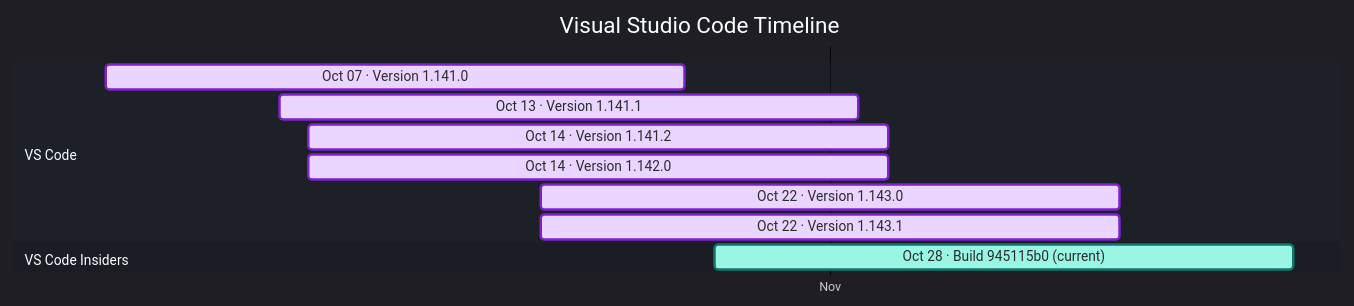
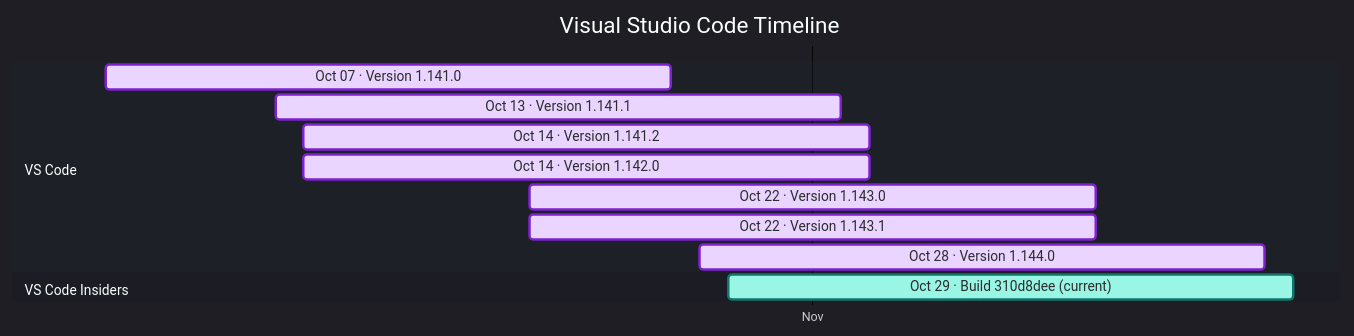
One commit to Oxelya-DevTools/VisualStudioUpdate changed the diagram in docs/vscode.md. Above: the diagram before and after it, drawn with Mermaid. The commit also changed other lines of this file and 1 other file, not shown here.

````diff
--- a/docs/vscode.md
+++ b/docs/vscode.md
@@ -9,17 +9,18 @@
 ```mermaid
 %%{init: {'theme':'dark','themeVariables': { 'fontFamily': 'Segoe UI', 'fontSize': '24px', 'textColor': '#F3F4F6', 'titleTextColor': '#FFFFFF', 'taskTextColor': '#111827', 'taskTextLightColor': '#111827', 'taskTextOutsideColor': '#F3F4F6', 'taskBkgColor': '#BAE6FD', 'taskBorderColor': '#0369A1', 'doneTaskBkgColor': '#E9D5FF', 'doneTaskBorderColor': '#7E22CE', 'activeTaskBkgColor': '#99F6E4', 'activeTaskBorderColor': '#0F766E', 'critTaskBkgColor': '#FED7AA', 'critTaskBorderColor': '#C2410C', 'sectionBkgColor': '#1F2937', 'altSectionBkgColor': '#111827', 'gridColor': '#4B5563', 'todayLineColor': '#F87171' }}}%%
 gantt
     title Visual Studio Code Timeline
     dateFormat  YYYY-MM-DD
     axisFormat  %b
     tickInterval 1month
     section VS Code
     Oct 07 · Version 1.141.0 : done, vscode202610070, 2026-10-07, 20d
     Oct 13 · Version 1.141.1 : done, vscode202610131, 2026-10-13, 20d
     Oct 14 · Version 1.141.2 : done, vscode202610142, 2026-10-14, 20d
     Oct 14 · Version 1.142.0 : done, vscode202610143, 2026-10-14, 20d
     Oct 22 · Version 1.143.0 : done, vscode202610224, 2026-10-22, 20d
     Oct 22 · Version 1.143.1 : done, vscode202610225, 2026-10-22, 20d
+    Oct 28 · Version 1.144.0 : done, vscode202610286, 2026-10-28, 20d
     section VS Code Insiders
-    Oct 28 · Build 945115b0 (current) : active, vscodeinsiders202610280, 2026-10-28, 20d
+    Oct 29 · Build 310d8dee (current) : active, vscodeinsiders202610290, 2026-10-29, 20d
 ```
````
